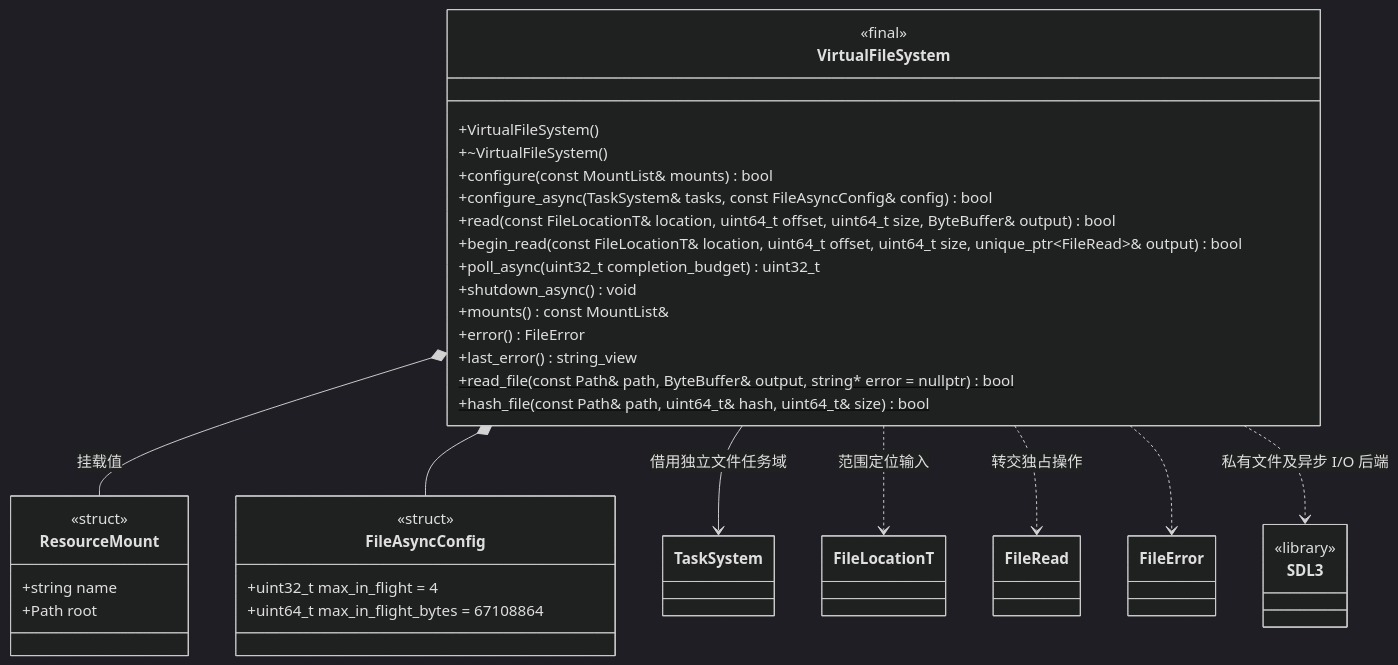
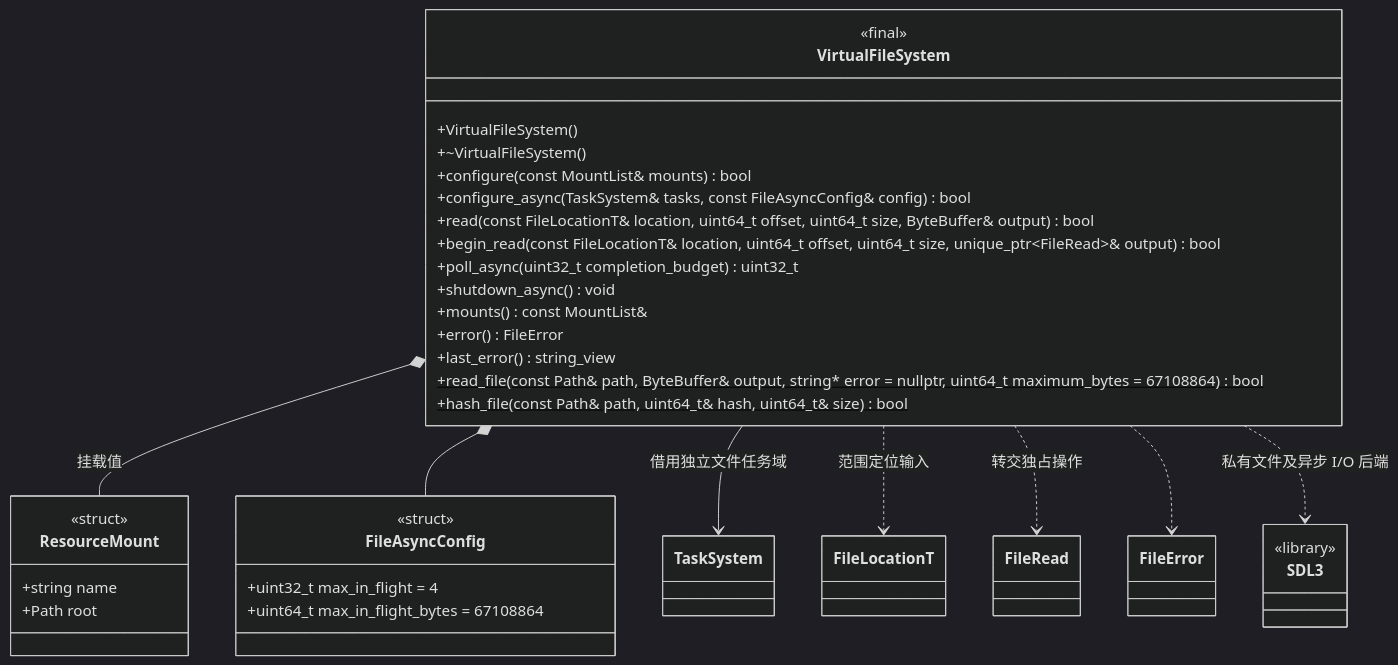
The first of 3 diagrams in docs/runtime/class-diagrams/virtual-file-system.md (lcgamedevelop/Engine), drawn with Mermaid (dark theme) before and after one commit. The commit also changed other lines of this file and 30 other files, not shown here.

````diff
--- a/docs/runtime/class-diagrams/virtual-file-system.md
+++ b/docs/runtime/class-diagrams/virtual-file-system.md
@@ -11,43 +11,43 @@
 ```mermaid
 classDiagram
     class VirtualFileSystem {
         <<final>>
         +VirtualFileSystem()
         +~VirtualFileSystem()
         +configure(const MountList& mounts) bool
         +configure_async(TaskSystem& tasks, const FileAsyncConfig& config) bool
         +read(const FileLocationT& location, uint64_t offset, uint64_t size, ByteBuffer& output) bool
         +begin_read(const FileLocationT& location, uint64_t offset, uint64_t size, unique_ptr~FileRead~& output) bool
         +poll_async(uint32_t completion_budget) uint32_t
         +shutdown_async() void
         +mounts() const MountList&
         +error() FileError
         +last_error() string_view
-        +read_file(const Path& path, ByteBuffer& output, string#42; error = nullptr) bool$
+        +read_file(const Path& path, ByteBuffer& output, string#42; error = nullptr, uint64_t maximum_bytes = 67108864) bool$
         +hash_file(const Path& path, uint64_t& hash, uint64_t& size) bool$
     }
     class ResourceMount {
         <<struct>>
         +string name
         +Path root
     }
     class FileAsyncConfig {
         <<struct>>
         +uint32_t max_in_flight = 4
         +uint64_t max_in_flight_bytes = 67108864
     }
     class TaskSystem
     class FileLocationT
     class FileRead
     class FileError
     class SDL3 {
         <<library>>
     }
     VirtualFileSystem *-- ResourceMount : 挂载值
     VirtualFileSystem *-- FileAsyncConfig
     VirtualFileSystem --> TaskSystem : 借用独立文件任务域
     VirtualFileSystem ..> FileLocationT : 范围定位输入
     VirtualFileSystem ..> FileRead : 转交独占操作
     VirtualFileSystem ..> FileError
     VirtualFileSystem ..> SDL3 : 私有文件及异步 I/O 后端
 ```
````
